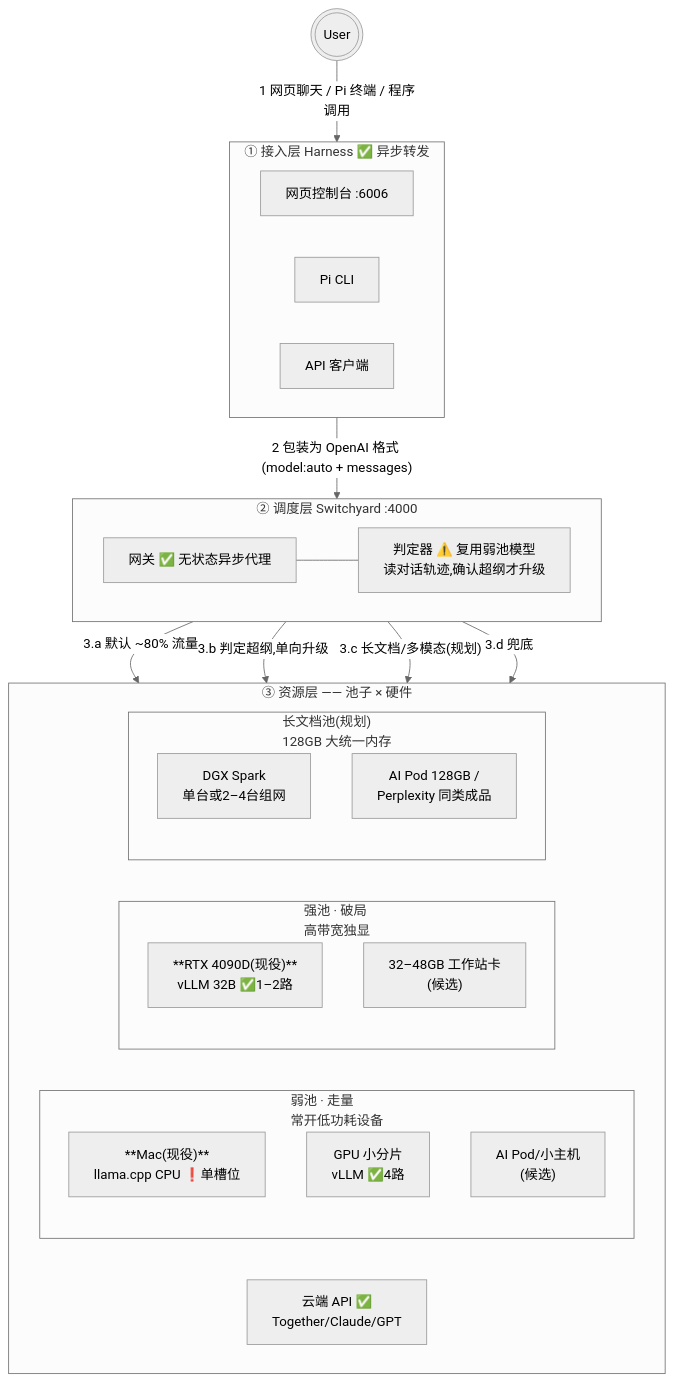
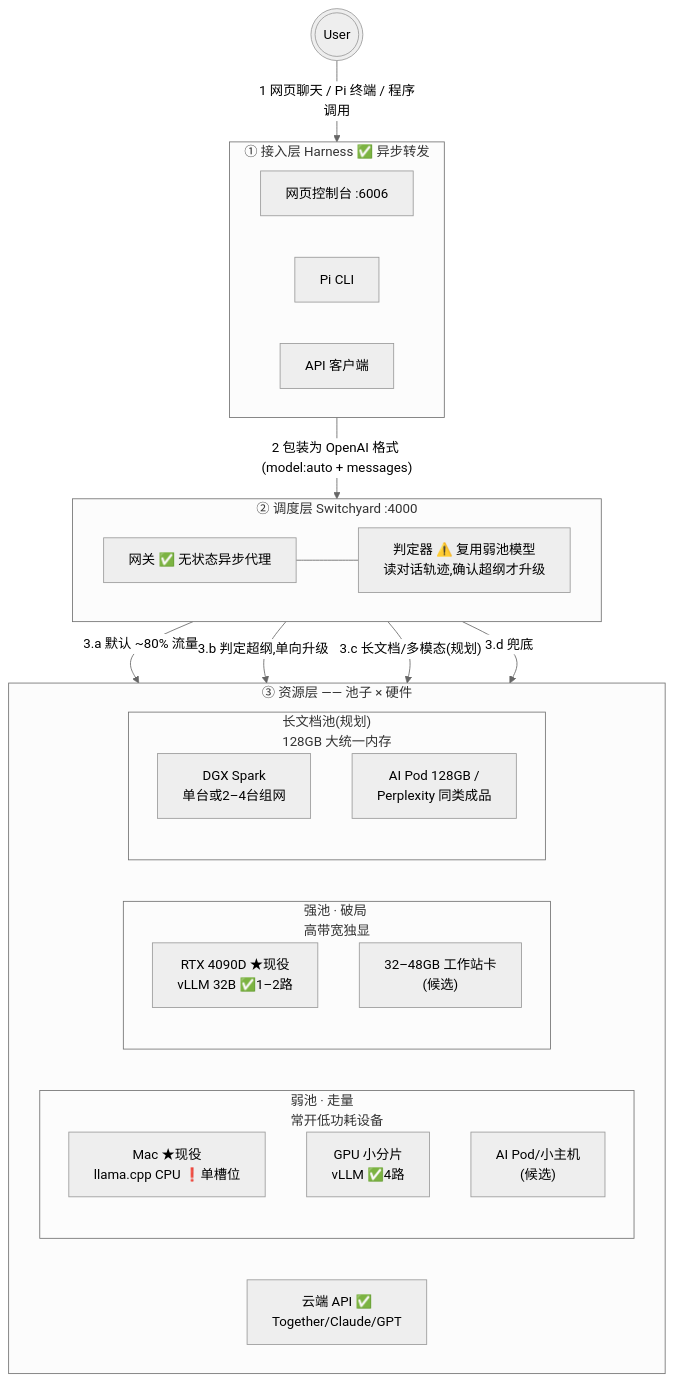
One commit to murphyren225/local_infer changed the diagram in docs/design.md. Above: the diagram before and after it, drawn with Mermaid (neutral theme). The commit also changed other lines of this file, not shown here.

Commit message:
docs(design): 图内现役标记改为 ★(mermaid 不渲染 markdown 粗体)

````diff
--- a/docs/design.md
+++ b/docs/design.md
@@ -28,43 +28,43 @@
 ```mermaid
 flowchart TD
     U((("User"))) -- "1 网页聊天 / Pi 终端 / 程序调用" --> ACCESS
 
     subgraph ACCESS["① 接入层 Harness ✅ 异步转发"]
         direction LR
         W1["网页控制台 :6006"]
         W2["Pi CLI"]
         W3["API 客户端"]
     end
 
     ACCESS -- "2 包装为 OpenAI 格式 (model:auto + messages)" --> G
 
     subgraph G["② 调度层 Switchyard :4000"]
         direction LR
         GW["网关 ✅ 无状态异步代理"]
         JD["判定器 ⚠️ 复用弱池模型<br/>读对话轨迹,确认超纲才升级"]
         GW --- JD
     end
 
     G -- "3.a 默认 ~80% 流量" --> WPOOL
     G -- "3.b 判定超纲,单向升级" --> SPOOL
     G -- "3.c 长文档/多模态(规划)" --> LPOOL
     G -- "3.d 兜底" --> CL
 
     subgraph BOTTOM["③ 资源层 —— 池子 × 硬件"]
         direction LR
         subgraph WPOOL["弱池 · 走量<br/>常开低功耗设备"]
-            WH1["**Mac(现役)**<br/>llama.cpp CPU ❗单槽位"]
+            WH1["Mac ★现役<br/>llama.cpp CPU ❗单槽位"]
             WH2["GPU 小分片<br/>vLLM ✅4路"]
             WH3["AI Pod/小主机<br/>(候选)"]
         end
         subgraph SPOOL["强池 · 破局<br/>高带宽独显"]
-            SH1["**RTX 4090D(现役)**<br/>vLLM 32B ✅1–2路"]
+            SH1["RTX 4090D ★现役<br/>vLLM 32B ✅1–2路"]
             SH2["32–48GB 工作站卡<br/>(候选)"]
         end
         subgraph LPOOL["长文档池(规划)<br/>128GB 大统一内存"]
             LH1["DGX Spark<br/>单台或2–4台组网"]
             LH2["AI Pod 128GB /<br/>Perplexity 同类成品"]
         end
         CL["云端 API ✅<br/>Together/Claude/GPT"]
     end
 ```
````
